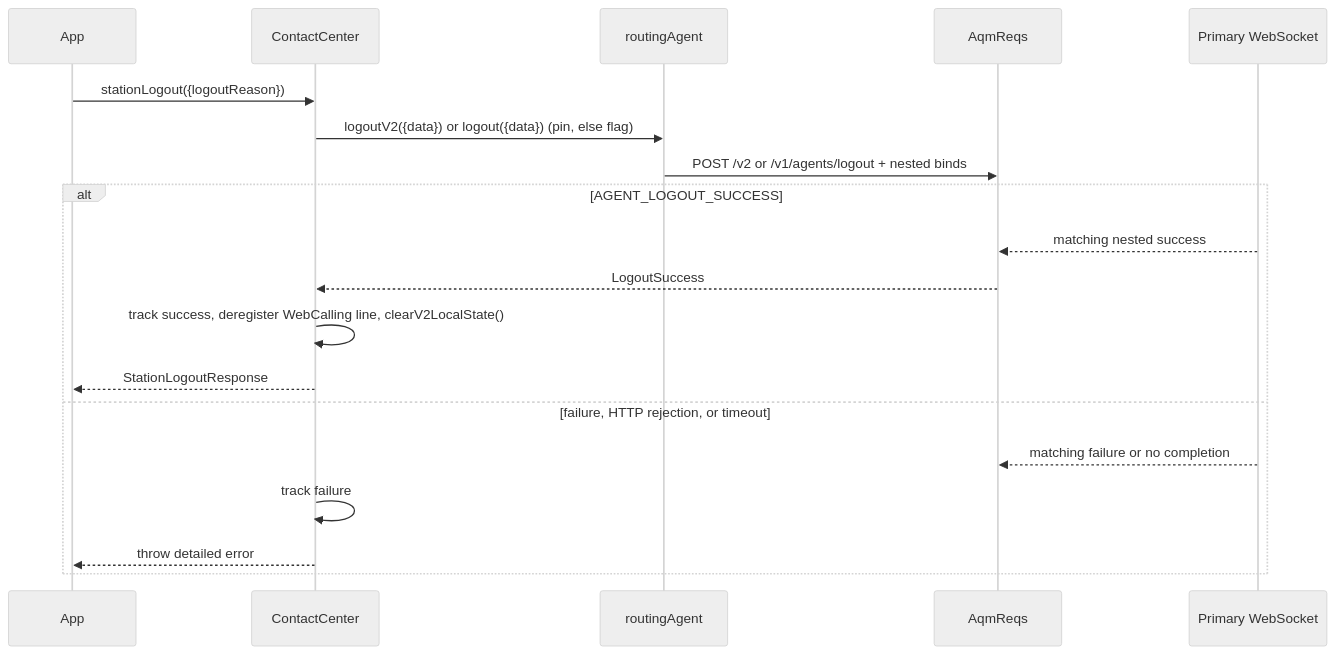
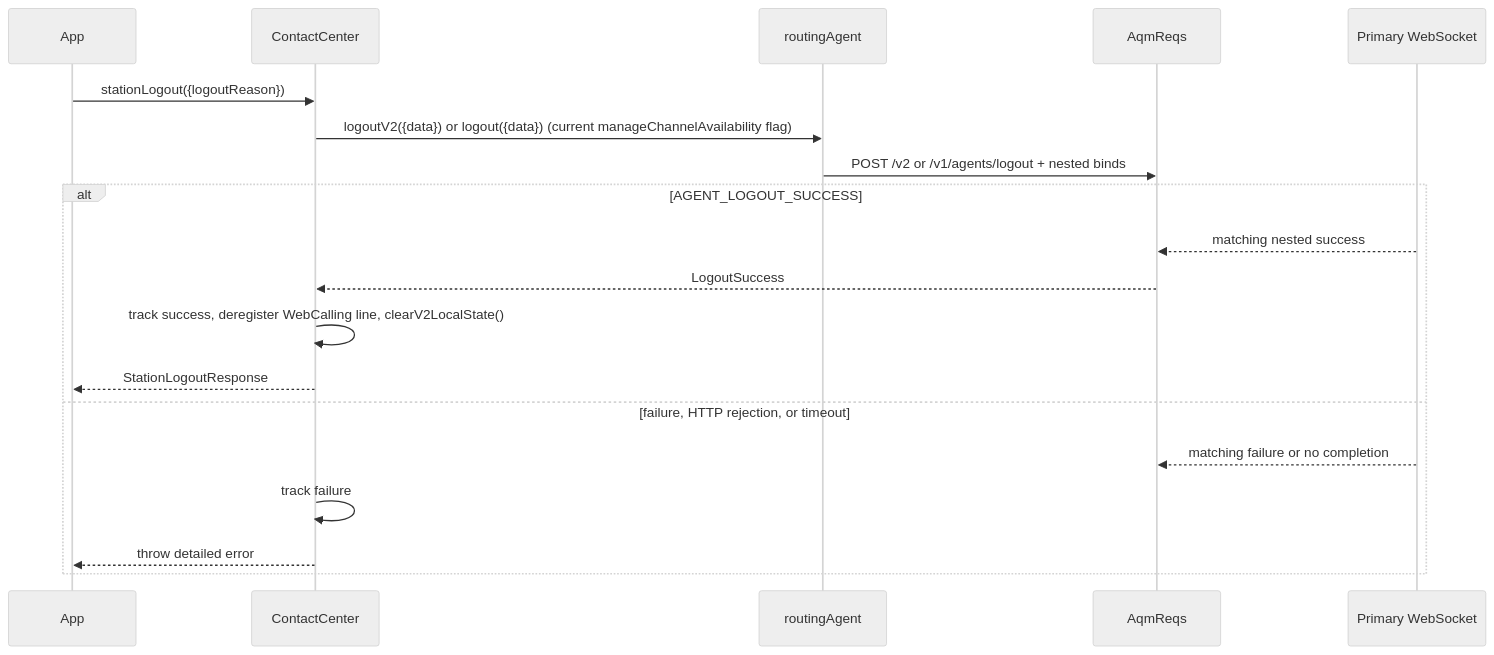
The second of 7 diagrams in packages/@webex/contact-center/src/services/agent/docs/README.md (webex/webex-js-sdk), drawn with Mermaid (neutral theme) before and after one commit. The commit also changed other lines of this file and 6 other files, not shown here.

````diff
--- a/packages/@webex/contact-center/src/services/agent/docs/README.md
+++ b/packages/@webex/contact-center/src/services/agent/docs/README.md
@@ -422,21 +422,21 @@
 ```mermaid
 sequenceDiagram
   participant App
   participant CC as ContactCenter
   participant Agent as routingAgent
   participant AQM as AqmReqs
   participant WS as Primary WebSocket
   App->>CC: stationLogout({logoutReason})
-  CC->>Agent: logoutV2({data}) or logout({data}) (pin, else flag)
+  CC->>Agent: logoutV2({data}) or logout({data}) (current manageChannelAvailability flag)
   Agent->>AQM: POST /v2 or /v1/agents/logout + nested binds
   alt AGENT_LOGOUT_SUCCESS
     WS-->>AQM: matching nested success
     AQM-->>CC: LogoutSuccess
     CC->>CC: track success, deregister WebCalling line, clearV2LocalState()
     CC-->>App: StationLogoutResponse
   else failure, HTTP rejection, or timeout
     WS-->>AQM: matching failure or no completion
     CC->>CC: track failure
     CC-->>App: throw detailed error
   end
 ```
````
